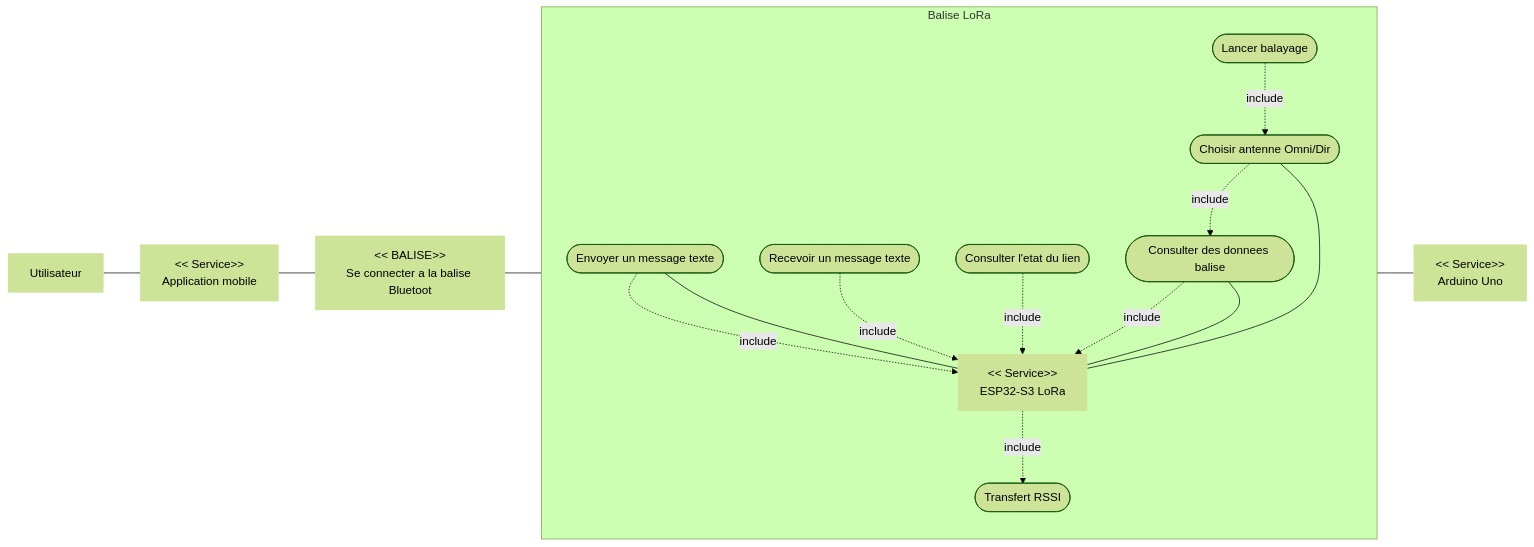
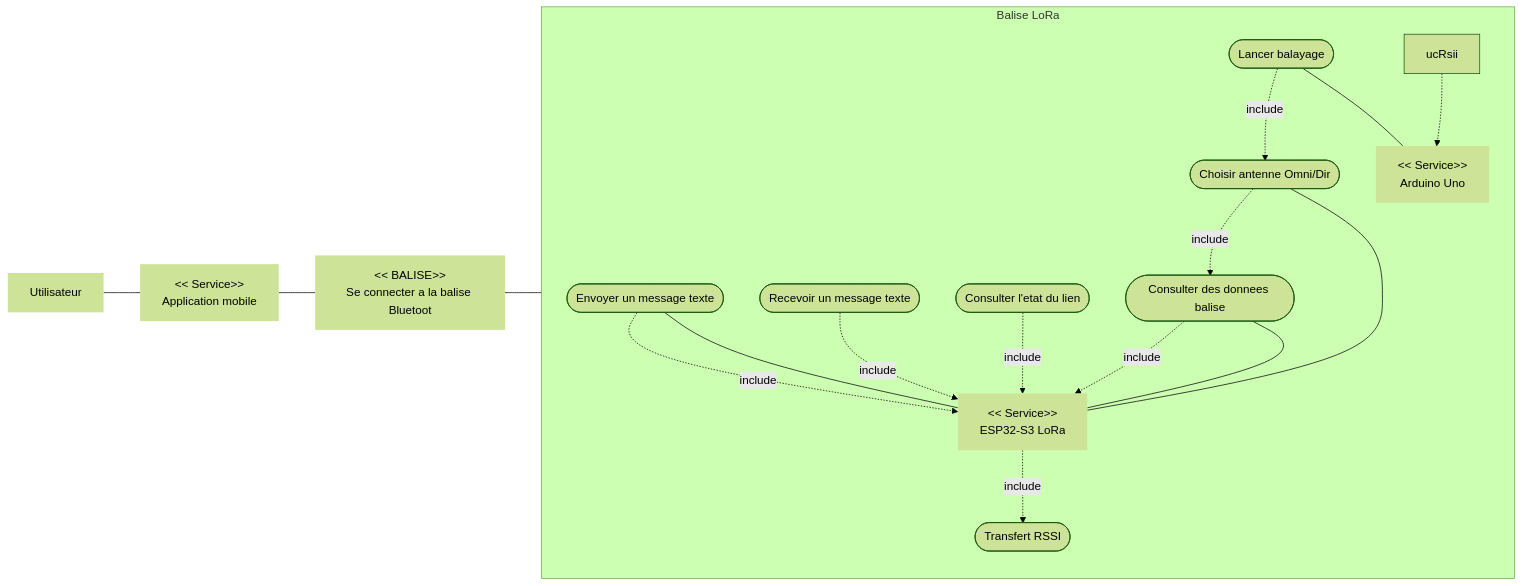
The first of 7 diagrams in Diagrammes_SysML_Projet_LoRa.md (SHU445/Projet-LoRa-72h), drawn with Mermaid (forest theme) before and after one commit.

Commit message:
"CorrectUseCase3.5"

````diff
--- a/Diagrammes_SysML_Projet_LoRa.md
+++ b/Diagrammes_SysML_Projet_LoRa.md
@@ -12,39 +12,40 @@
 ```mermaid
 flowchart LR
   rU["Utilisateur"]:::role
   rAPP["<< Service>>\nApplication mobile"]:::role
   rESP["<< Service>>\nESP32-S3 LoRa"]:::role
   rARD["<< Service>>\nArduino Uno"]:::role
   rCONN["<< BALISE>>\nSe connecter a la balise Bluetoot"]:::role
 
   subgraph S["Balise LoRa"]
     direction TB
     ucSend([Envoyer un message texte])
     ucReceive([Recevoir un message texte])
     ucStatus([Consulter l'etat du lien])
     ucData([Consulter des donnees balise])
     ucSelectAntenna([Choisir antenne Omni/Dir])
     ucScan([Lancer balayage])
     ucRssi([Transfert RSSI])
 
     ucSend -. include .-> rESP
     ucReceive -. include .-> rESP
     ucStatus -. include .-> rESP
     ucData -. include .-> rESP
     ucSelectAntenna -. include .-> ucData
     ucScan -. include .-> ucSelectAntenna
     rESP -. include .-> ucRssi
+    ucRsii .-> rARD
   end
 
   rU --- rAPP
   rAPP --- rCONN
   rCONN --- rESP
 
   ucSend --- rESP
   ucData --- rESP
   ucSelectAntenna --- rESP
 
   ucScan --- rARD
 
   classDef role stroke-width:0px;
 ```
````
